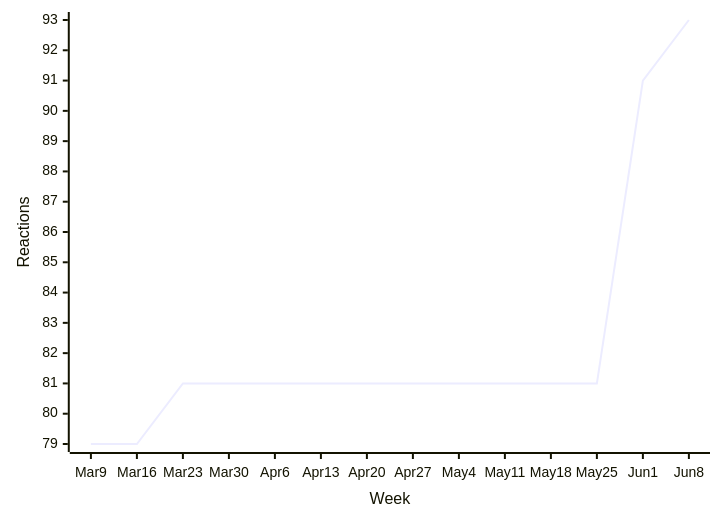
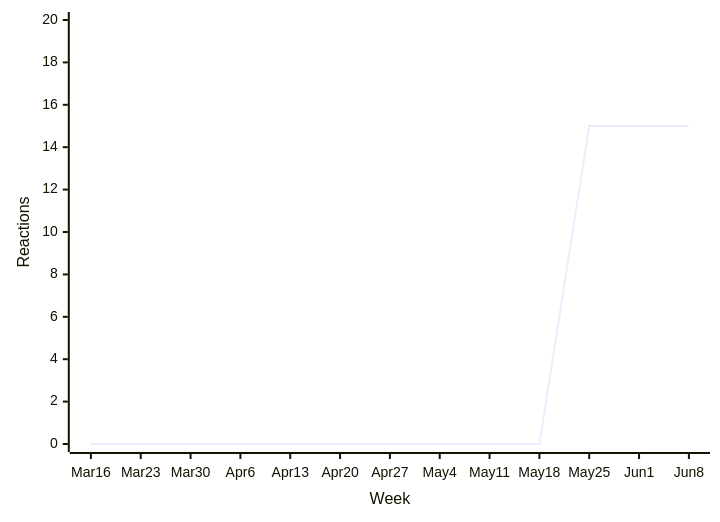
Before and after one commit to loic-sharma/github-insights: the tenth of 45 diagrams in README.md, drawn with Mermaid. The commit also changed other lines of this file and 3 other files, not shown here.

````diff
--- a/README.md
+++ b/README.md
@@ -492,6 +492,6 @@
   ```mermaid
   xychart-beta
-    x-axis "Week" [Mar 9, Mar 16, Mar 23, Mar 30, Apr 6, Apr 13, Apr 20, Apr 27, May 4, May 11, May 18, May 25, Jun 1, Jun 8]
-    y-axis "Reactions"
-    line [79, 79, 81, 81, 81, 81, 81, 81, 81, 81, 81, 81, 91, 93]
+    x-axis "Week" [Mar 16, Mar 23, Mar 30, Apr 6, Apr 13, Apr 20, Apr 27, May 4, May 11, May 18, May 25, Jun 1, Jun 8]
+    y-axis "Reactions" 0 --> 20
+    line [0, 0, 0, 0, 0, 0, 0, 0, 0, 0, 15, 15, 15]
   ```
````
